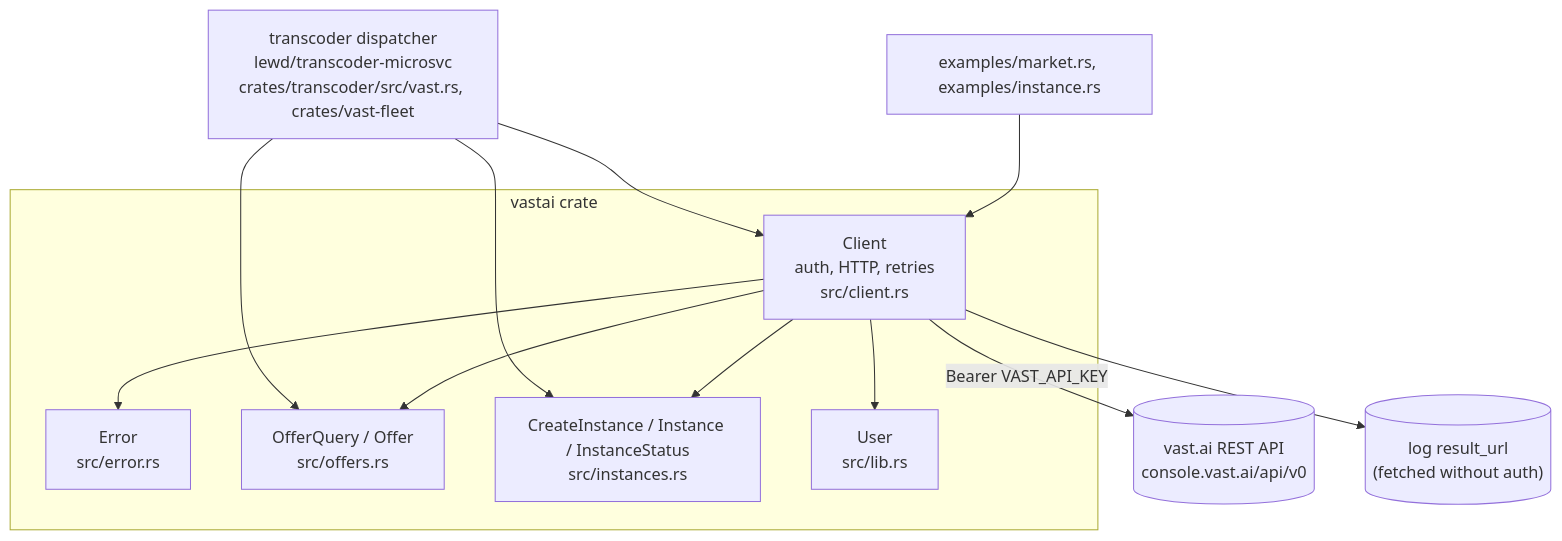
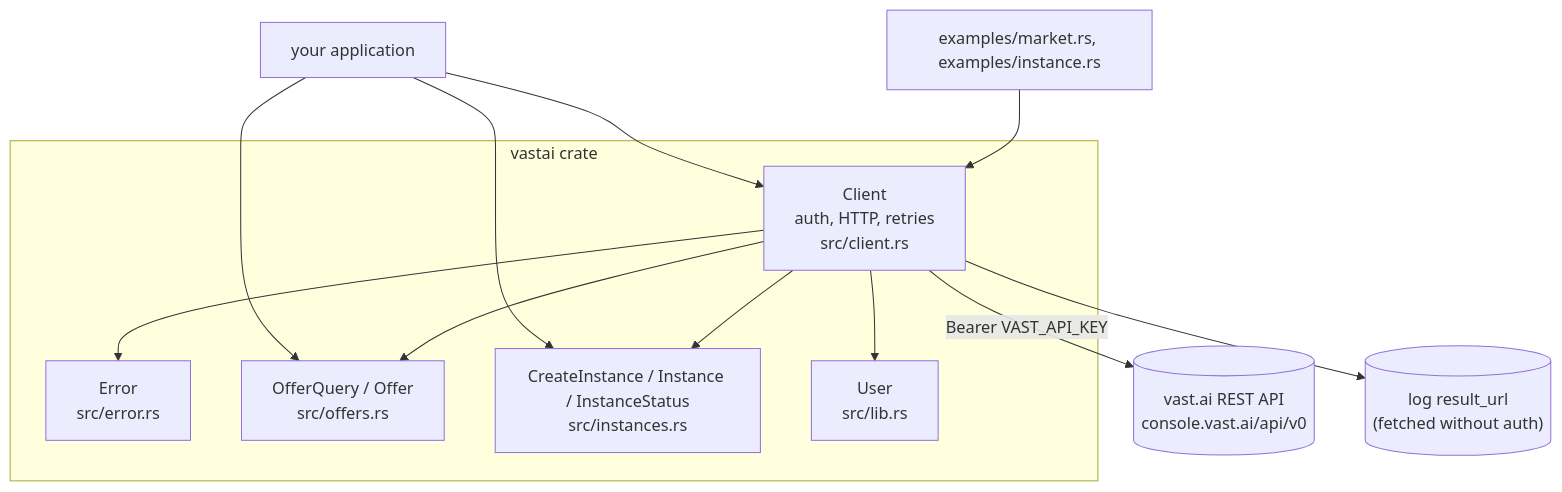
Before and after one commit to safewords/rs-vastai-sdk: the diagram in docs/features/README.md, drawn with Mermaid. The commit also changed other lines of this file and 6 other files, not shown here.

````diff
--- a/docs/features/README.md
+++ b/docs/features/README.md
@@ -26,25 +19,25 @@
 ```mermaid
 flowchart TB
   subgraph sdk["vastai crate"]
     client["Client<br/>auth, HTTP, retries<br/>src/client.rs"]
     error["Error<br/>src/error.rs"]
     offers["OfferQuery / Offer<br/>src/offers.rs"]
     instances["CreateInstance / Instance / InstanceStatus<br/>src/instances.rs"]
     user["User<br/>src/lib.rs"]
   end
-  consumer["transcoder dispatcher<br/>lewd/transcoder-microsvc<br/>crates/transcoder/src/vast.rs, crates/vast-fleet"]
+  consumer["your application"]
   examples["examples/market.rs, examples/instance.rs"]
   vast[("vast.ai REST API<br/>console.vast.ai/api/v0")]
   logs[("log result_url<br/>(fetched without auth)")]
 
   consumer --> client
   consumer --> offers
   consumer --> instances
   examples --> client
   client --> offers
   client --> instances
   client --> user
   client --> error
   client -->|"Bearer VAST_API_KEY"| vast
   client --> logs
 ```
````
